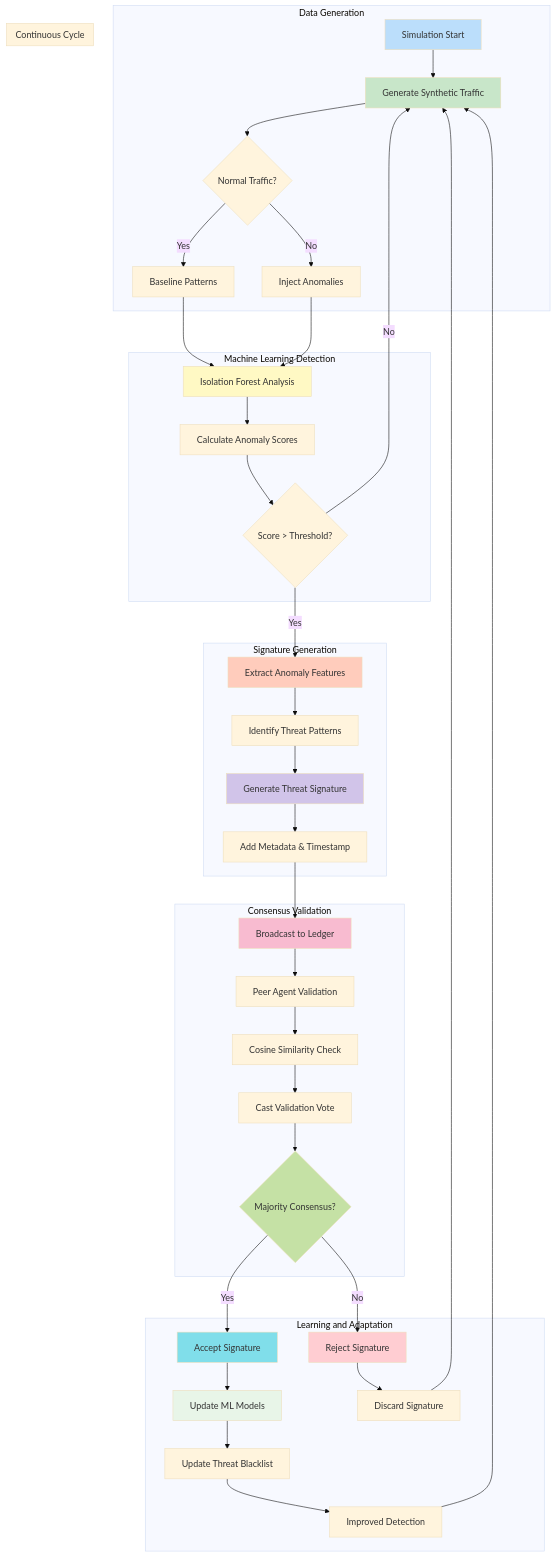
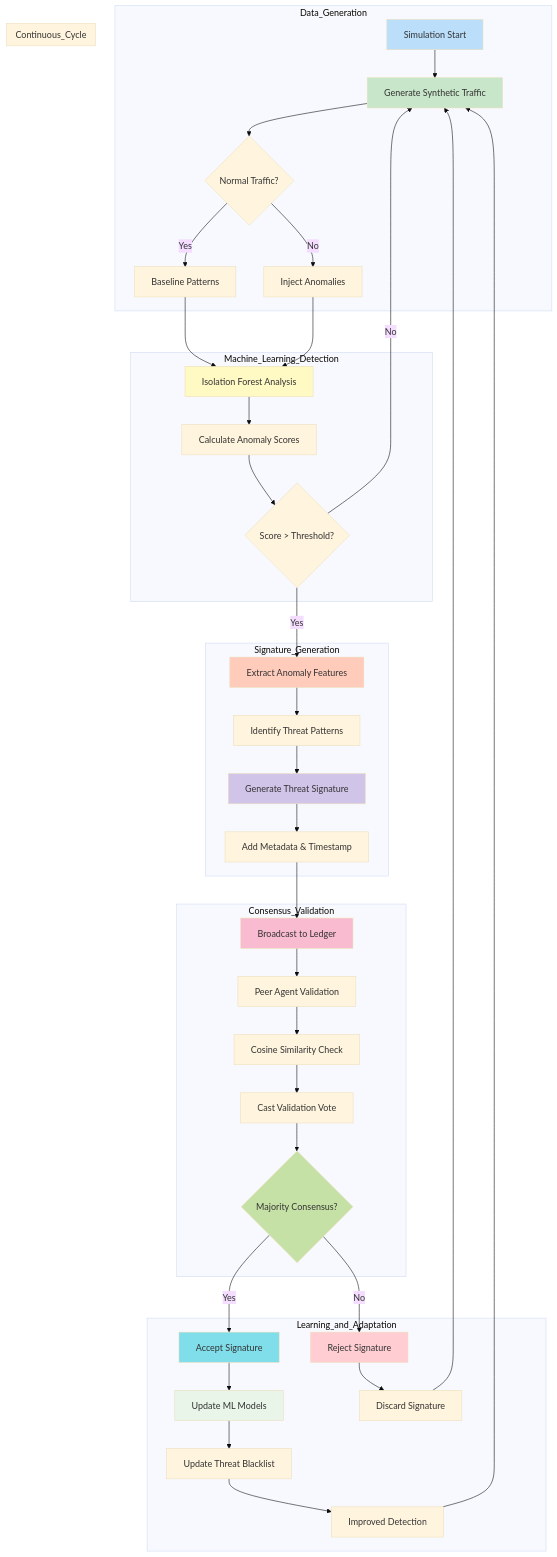
Before and after one commit to tanm-sys/build: the third of 4 diagrams in PROJECT_OVERVIEW.md, drawn with Mermaid (base theme). The commit also changed other lines of this file and 5 other files, not shown here.

Commit message:
Fix Mermaid diagram parse errors in Markdown files (resolve LINK token issues on line 29 and others)

````diff
--- a/PROJECT_OVERVIEW.md
+++ b/PROJECT_OVERVIEW.md
@@ -394,57 +394,57 @@
 ```mermaid
 flowchart TD
-    subgraph "Data Generation"
+    subgraph "Data_Generation"
         START[Simulation Start] --> GENERATE[Generate Synthetic Traffic]
         GENERATE --> NORMAL{Normal Traffic?}
         NORMAL -- Yes --> BASELINE[Baseline Patterns]
         NORMAL -- No --> ANOMALY[Inject Anomalies]
     end
 
-    subgraph "Machine Learning Detection"
+    subgraph "Machine_Learning_Detection"
         BASELINE --> ANALYZE[Isolation Forest Analysis]
         ANOMALY --> ANALYZE
         ANALYZE --> SCORE[Calculate Anomaly Scores]
         SCORE --> THRESHOLD{Score > Threshold?}
     end
 
-    subgraph "Signature Generation"
+    subgraph "Signature_Generation"
         THRESHOLD -- Yes --> EXTRACT[Extract Anomaly Features]
         EXTRACT --> PATTERN[Identify Threat Patterns]
         PATTERN --> SIGNATURE[Generate Threat Signature]
         SIGNATURE --> METADATA[Add Metadata & Timestamp]
     end
 
-    subgraph "Consensus Validation"
+    subgraph "Consensus_Validation"
         METADATA --> BROADCAST[Broadcast to Ledger]
         BROADCAST --> PEERS[Peer Agent Validation]
         PEERS --> SIMILARITY[Cosine Similarity Check]
         SIMILARITY --> VOTE[Cast Validation Vote]
         VOTE --> CONSENSUS{Majority Consensus?}
     end
 
-    subgraph "Learning and Adaptation"
+    subgraph "Learning_and_Adaptation"
         CONSENSUS -- Yes --> ACCEPT[Accept Signature]
         CONSENSUS -- No --> REJECT[Reject Signature]
         ACCEPT --> UPDATE[Update ML Models]
         UPDATE --> BLACKLIST[Update Threat Blacklist]
         BLACKLIST --> IMPROVE[Improved Detection]
         REJECT --> DISCARD[Discard Signature]
     end
 
-    subgraph "Continuous Cycle"
+    subgraph "Continuous_Cycle"
         IMPROVE --> GENERATE
         DISCARD --> GENERATE
         THRESHOLD -- No --> GENERATE
     end
 
     style START fill:#bbdefb
     style GENERATE fill:#c8e6c9
     style ANALYZE fill:#fff9c4
     style EXTRACT fill:#ffccbc
     style SIGNATURE fill:#d1c4e9
     style BROADCAST fill:#f8bbd0
     style CONSENSUS fill:#c5e1a5
     style ACCEPT fill:#80deea
     style UPDATE fill:#e8f5e8
     style REJECT fill:#ffcdd2
 ```
````
